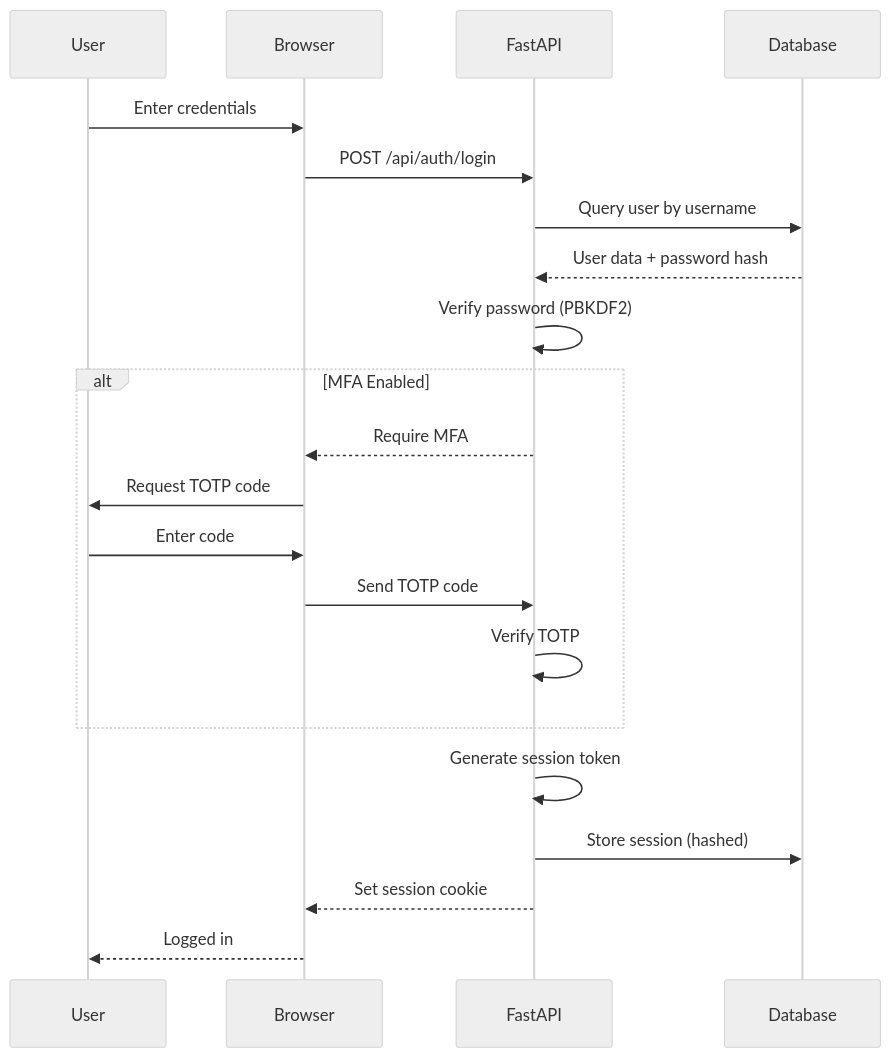
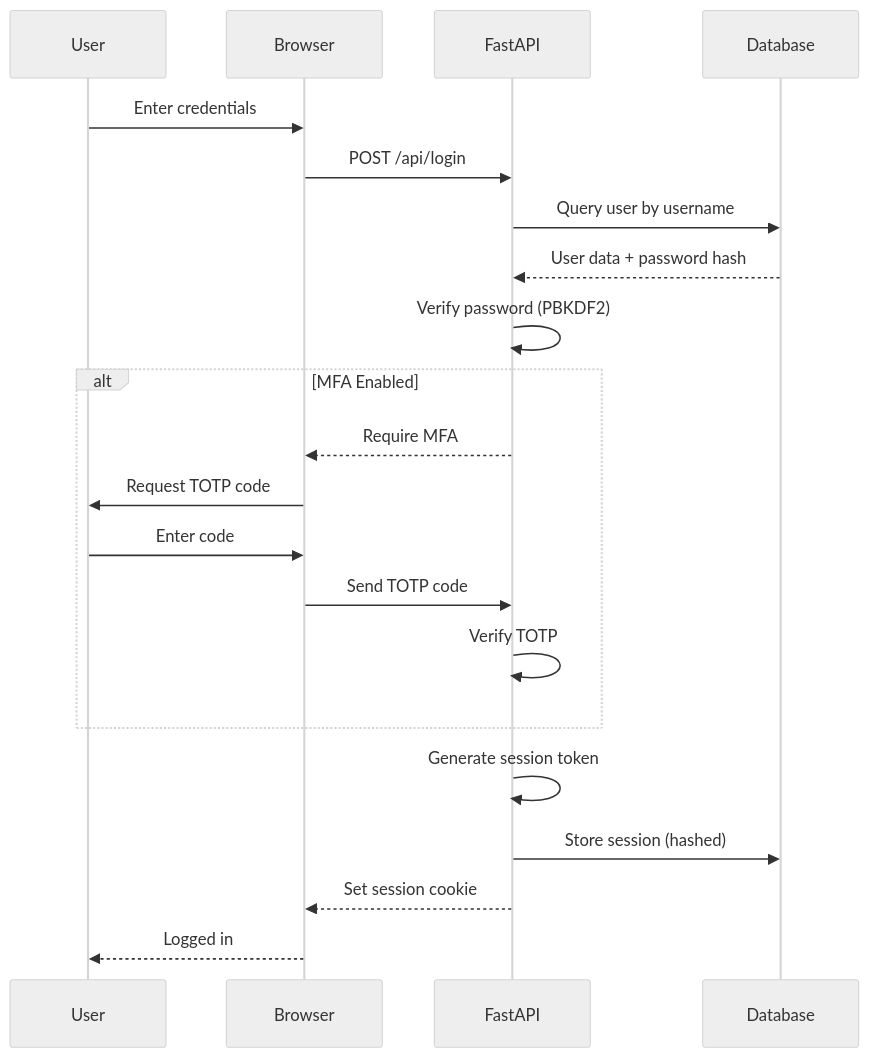
One commit to Gill-Bates/wirebuddy changed the third of 3 diagrams in docs/development/architecture.md. Above: the diagram before and after it, drawn with Mermaid (neutral theme). The commit also changed other lines of this file and 381 other files, not shown here.

````diff
--- a/docs/development/architecture.md
+++ b/docs/development/architecture.md
@@ -230,24 +245,24 @@
 ```mermaid
 sequenceDiagram
     participant U as User
     participant B as Browser
     participant API as FastAPI
     participant DB as Database
     
     U->>B: Enter credentials
-    B->>API: POST /api/auth/login
+    B->>API: POST /api/login
     API->>DB: Query user by username
     DB-->>API: User data + password hash
     API->>API: Verify password (PBKDF2)
     alt MFA Enabled
         API-->>B: Require MFA
         B->>U: Request TOTP code
         U->>B: Enter code
         B->>API: Send TOTP code
         API->>API: Verify TOTP
     end
     API->>API: Generate session token
     API->>DB: Store session (hashed)
     API-->>B: Set session cookie
     B-->>U: Logged in
 ```
````
